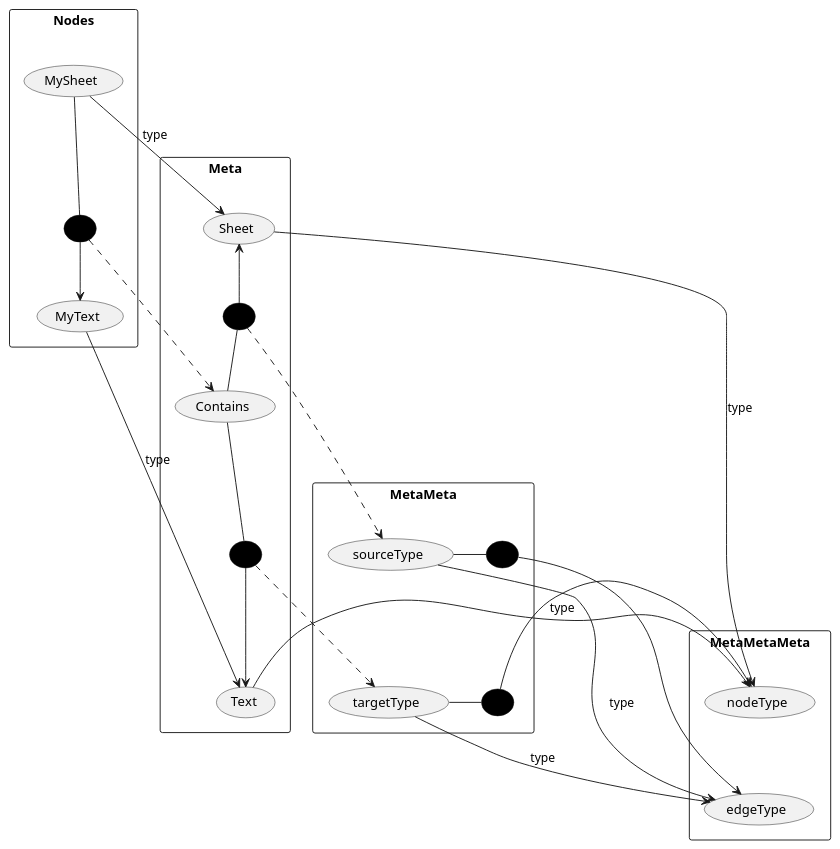
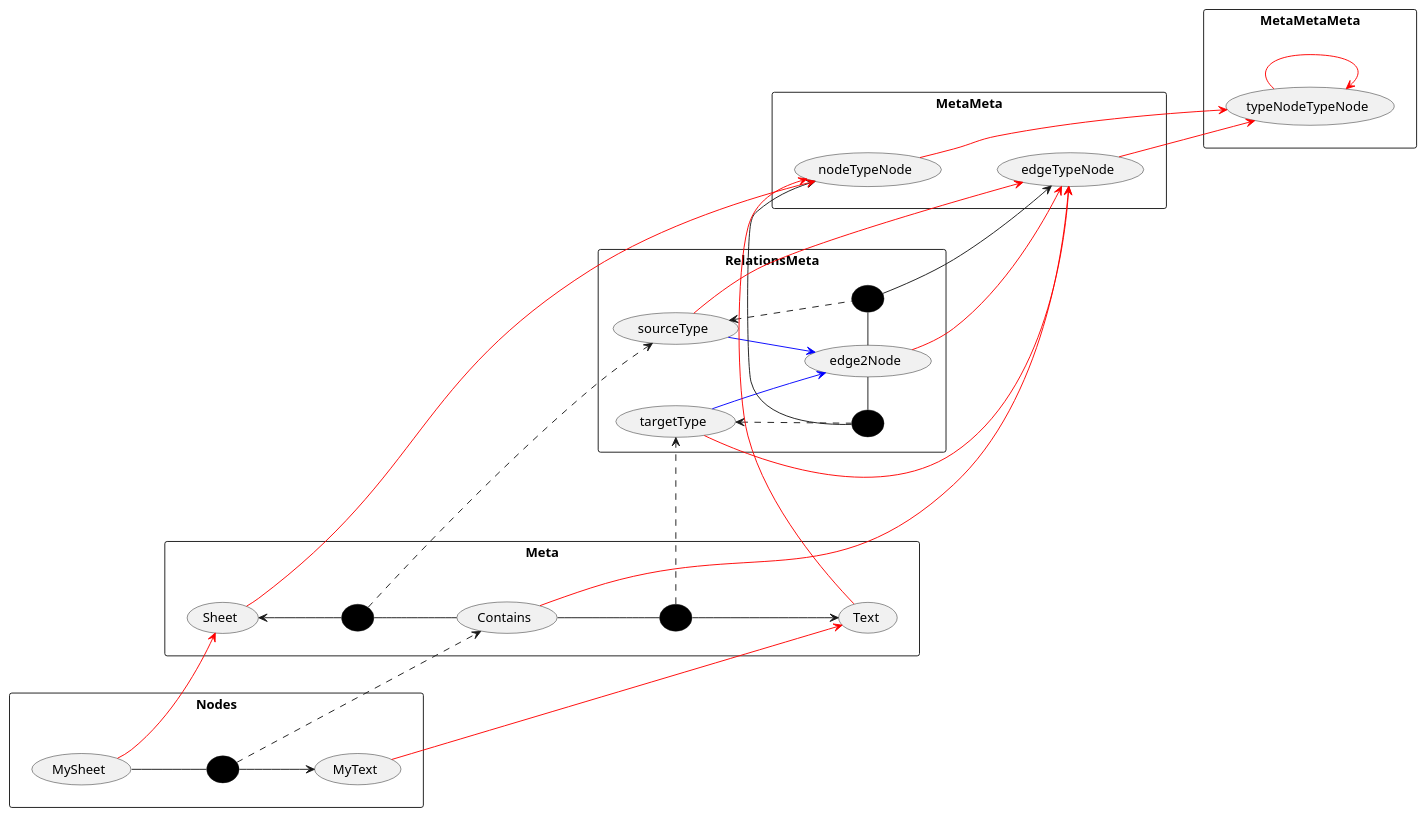
Before and after one commit to kneissler/trigraph: the diagram in test.puml, drawn with PlantUML.

Commit message:
basic done

```diff
--- a/test.puml
+++ b/test.puml
@@ -1,45 +1,60 @@
 @startuml
+left to right direction
 rectangle "Nodes" {
   node (MySheet)
   node (MyText)
   node (A) as " " #black
   (MySheet) -- (A)
   (A) --> (MyText)
 }
 rectangle "Meta" {
   node (Sheet)
   node (Text)
   node (Contains)
-  (MySheet) --> (Sheet) : type
-  (MyText) --> (Text) : type
+  (MySheet) -[#red]-> (Sheet)
+  (MyText) -[#red]-> (Text)
   (A) .> (Contains)
   node (B) as " " #black
   (Contains) -u- (B)
   (B) -u-> (Sheet)
   node (C) as " " #black
   (Contains) -d- (C)
   (C) -d-> (Text)
 }
-rectangle "MetaMeta" {
+rectangle "RelationsMeta" {
   node (sourceType)
   node (targetType)
-  (sourceType) -[hidden]d-> (targetType)
-  (B) .r-> sourceType
-  (C) .r-> targetType
-  node (D) as " " #black
+  node (edge2Node)
+  (sourceType) -[#blue]-> (edge2Node)
+  (targetType) -[#blue]-> (edge2Node)
+  (B) .d-> sourceType
+  (C) .d-> targetType
   node (E) as " " #black
+  node (F) as " " #black
+  (E) .l-> sourceType
+  (F) .l-> targetType
+  (edge2Node) - (E)
+  (edge2Node) - (F)
 }
+rectangle "MetaMeta" {
+  node (nodeTypeNode)
+  node (edgeTypeNode)
+  (E) -> (edgeTypeNode)
+  (F) -> (nodeTypeNode)
+  (nodeTypeNode) -[hidden]d-> (edgeTypeNode)
+  (Text) -r[#red]-> (nodeTypeNode)
+  (Sheet) -r[#red]-> (nodeTypeNode)
+  (Contains) -[#red]u-> (edgeTypeNode)
+  (sourceType) -[#red]-> (edgeTypeNode)
+  (targetType) -[#red]-> (edgeTypeNode)
+  (edge2Node) -[#red]-> (edgeTypeNode)
+}
+(Nodes) -[hidden]r- (Meta)
+(Meta) -[hidden]r- (MetaMeta)
+(MetaMeta) -[hidden]r- (MetaMetaMeta)
 rectangle "MetaMetaMeta" {
-  node (nodeType)
-  node (edgeType)
-  (nodeType) -[hidden]d-> (edgeType)
-  (Text) -r-> (nodeType) : type
-  (Sheet) -r-> (nodeType) : type
-  (sourceType) --> (edgeType) : type
-  (targetType) --> (edgeType) : type
+  (nodeTypeNode) -[#red]-> (typeNodeTypeNode)
+  (edgeTypeNode) -[#red]-> (typeNodeTypeNode)
+  (typeNodeTypeNode) -[#red]-> (typeNodeTypeNode)
 }
-(sourceType) -l- (D)
-(D) -l-> (edgeType)
-(targetType) -l- (E)
-(E) -l-> (nodeType)
 @enduml
```
